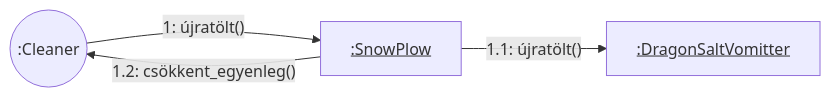
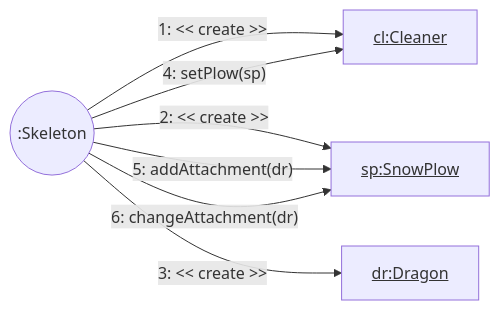
The diagram in docs/05/kommunikacios_diagrammok/08-hokotrofej_ujratoltese.md (toth-andor/UneNotteANapoli), drawn with Mermaid before and after one commit.

````diff
--- a/docs/05/kommunikacios_diagrammok/08-hokotrofej_ujratoltese.md
+++ b/docs/05/kommunikacios_diagrammok/08-hokotrofej_ujratoltese.md
@@ -1,10 +1,15 @@
 ```mermaid
 graph LR
-    C((:Cleaner))
-    SP[<u>:SnowPlow</u>]
-    DSV[<u>:DragonSaltVomitter</u>]
+    SK((:Skeleton))
+    CL[<u>cl:Cleaner</u>]
+    SP[<u>sp:SnowPlow</u>]
+    DR[<u>dr:Dragon</u>]
 
-    C -- "1: újratölt()" --> SP
-    SP -- "1.1: újratölt()" --> DSV
-    SP -- "1.2: csökkent_egyenleg()" --> C
+    SK -- "1: << create >>" --> CL
+    SK -- "2: << create >>" --> SP
+    SK -- "3: << create >>" --> DR
+
+    SK -- "4: setPlow(sp)" --> CL
+    SK -- "5: addAttachment(dr)" --> SP
+    SK -- "6: changeAttachment(dr)" --> SP
 ```
````
